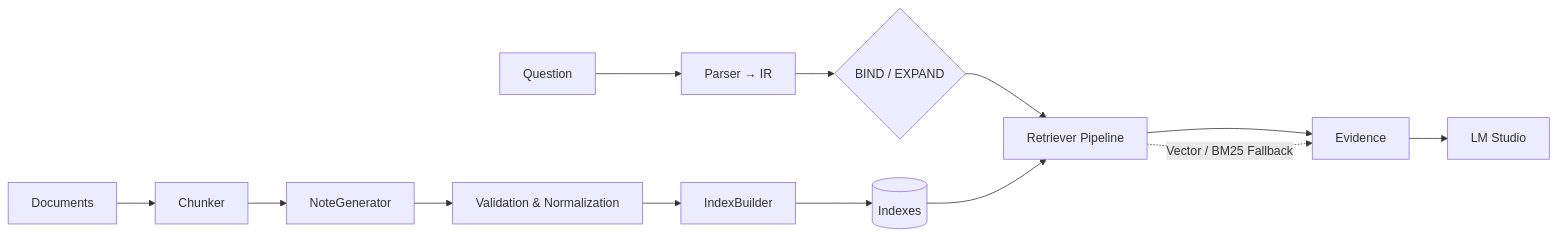
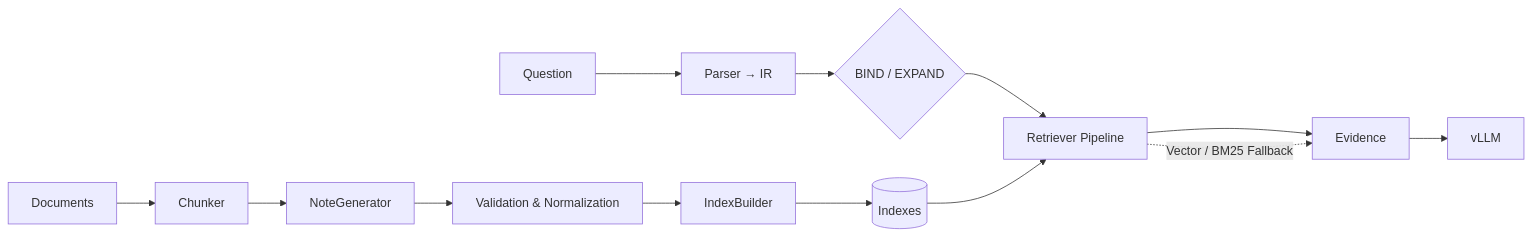
The diagram in intro.md (Kevinwu901113/ano-rag), drawn with Mermaid before and after one commit. The commit also changed other lines of this file and 16 other files, not shown here.

````diff
--- a/intro.md
+++ b/intro.md
@@ -32,15 +32,15 @@
 ```mermaid
 flowchart LR
   A[Documents] --> B[Chunker]
   B --> C[NoteGenerator]
   C --> D[Validation & Normalization]
   D --> E[IndexBuilder]
   E --> F[(Indexes)]
   Q[Question] --> P[Parser → IR]
   P --> O{BIND / EXPAND}
   O --> R[Retriever Pipeline]
   R --> V[Evidence]
-  V --> L[LM Studio]
+  V --> L[vLLM]
   R -. Vector / BM25 Fallback .-> V
   F --> R
 ```
````
